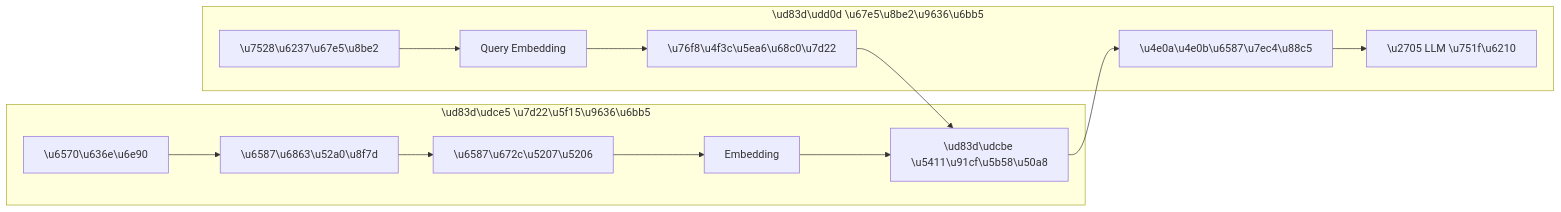
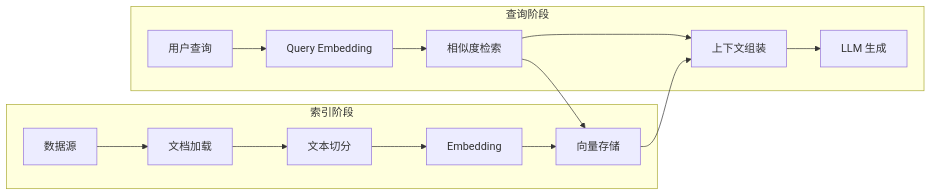
The second of 2 diagrams in content/articles/rag-in-practice.md (ifnodoraemon/ifnodoraemon.github.io), drawn with Mermaid before and after one commit. The commit also changed other lines of this file and 2 other files, not shown here.

Commit message:
fix(articles): 修复 Mermaid 图表 unicode 转义 + HTML 解析冲突
- 修复 .md 文件中 Mermaid 块的 \uXXXX 转义序列为实际中文字符
- 移除 <--> 双向箭头语法（与 HTML 解析器冲突），改用 --> 单向
- 3 篇文章的 Mermaid 图表现可正常渲染为 SVG

````diff
--- a/content/articles/rag-in-practice.md
+++ b/content/articles/rag-in-practice.md
@@ -32,11 +32,11 @@
 ```mermaid
 graph LR
-    subgraph \ud83d\udce5 \u7d22\u5f15\u9636\u6bb5
-        A1["\u6570\u636e\u6e90"] --> A2["\u6587\u6863\u52a0\u8f7d"] --> A3["\u6587\u672c\u5207\u5206"] --> A4["Embedding"] --> A5["\ud83d\udcbe \u5411\u91cf\u5b58\u50a8"]
+    subgraph 索引阶段
+        A1["数据源"] --> A2["文档加载"] --> A3["文本切分"] --> A4["Embedding"] --> A5["向量存储"]
     end
-    subgraph \ud83d\udd0d \u67e5\u8be2\u9636\u6bb5
-        B1["\u7528\u6237\u67e5\u8be2"] --> B2["Query Embedding"] --> B3["\u76f8\u4f3c\u5ea6\u68c0\u7d22"]
-        B3 --> A5
-        A5 --> B4["\u4e0a\u4e0b\u6587\u7ec4\u88c5"] --> B5["\u2705 LLM \u751f\u6210"]
+    subgraph 查询阶段
+        B1["用户查询"] --> B2["Query Embedding"] --> B3["相似度检索"] --> B4["上下文组装"] --> B5["LLM 生成"]
     end
+    B3 --> A5
+    A5 --> B4
 ```
````
